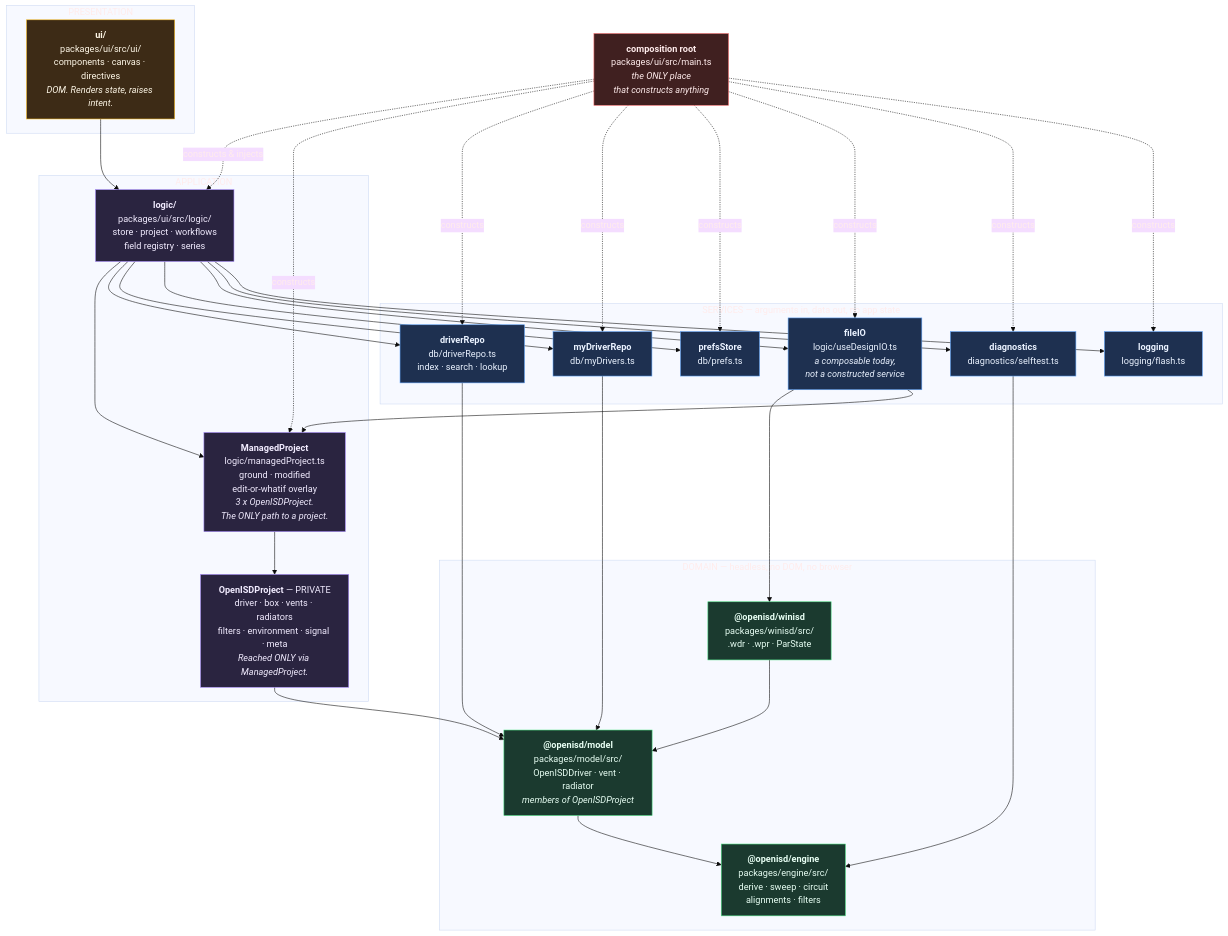
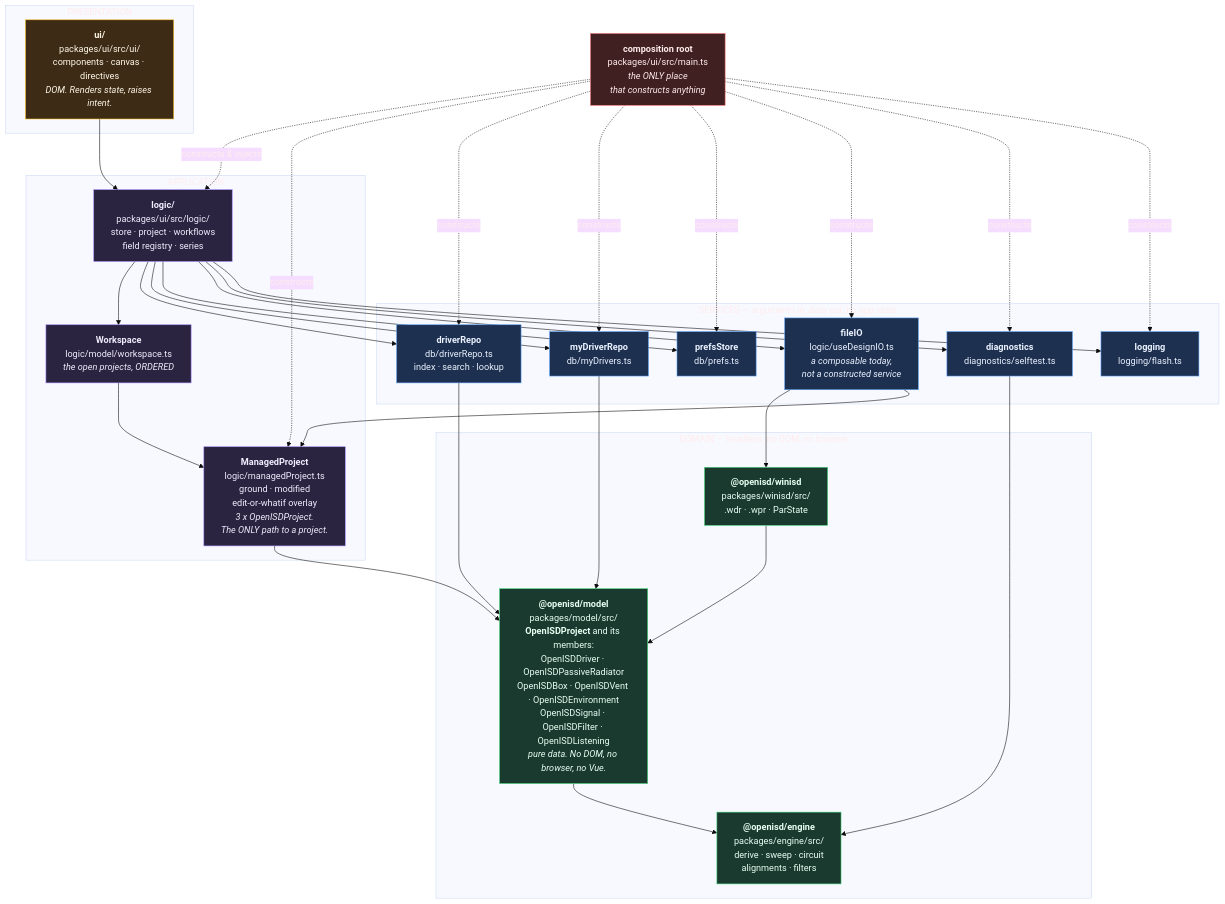
Before and after one commit to Johnlon/openisd: the second of 5 diagrams in ARCHITECTURE.md, drawn with Mermaid (base theme). The commit also changed other lines of this file and 1 other file, not shown here.

First line of the commit message:
The project is DOMAIN data; every box type is its own OpenISD* type

````diff
--- a/ARCHITECTURE.md
+++ b/ARCHITECTURE.md
@@ -110,67 +110,67 @@
 ```mermaid
 graph TD
     subgraph L1["PRESENTATION"]
         UI["<b>ui/</b><br/>packages/ui/src/ui/<br/>components · canvas · directives<br/><i>DOM. Renders state, raises intent.</i>"]
     end
 
     subgraph L2["APPLICATION"]
         LOGIC["<b>logic/</b><br/>packages/ui/src/logic/<br/>store · project · workflows<br/>field registry · series"]
+        WSPACE["<b>Workspace</b><br/>logic/model/workspace.ts<br/><i>the open projects, ORDERED</i>"]
         MANAGED["<b>ManagedProject</b><br/>logic/managedProject.ts<br/>ground · modified<br/>edit-or-whatif overlay<br/><i>3 x OpenISDProject.<br/>The ONLY path to a project.</i>"]
-        PROJ["<b>OpenISDProject</b> — PRIVATE<br/>driver · box · vents · radiators<br/>filters · environment · signal · meta<br/><i>Reached ONLY via ManagedProject.</i>"]
     end
 
     subgraph L3["SERVICES — arguments in, data out, no app state"]
         DRIVERREPO["<b>driverRepo</b><br/>db/driverRepo.ts<br/>index · search · lookup"]
         MYREPO["<b>myDriverRepo</b><br/>db/myDrivers.ts"]
         PREFS["<b>prefsStore</b><br/>db/prefs.ts"]
         FILEIO["<b>fileIO</b><br/>logic/useDesignIO.ts<br/><i>a composable today,<br/>not a constructed service</i>"]
         DIAG["<b>diagnostics</b><br/>diagnostics/selftest.ts"]
         LOGGING["<b>logging</b><br/>logging/flash.ts"]
     end
 
     subgraph L4["DOMAIN — headless, no DOM, no browser"]
-        MODEL["<b>@openisd/model</b><br/>packages/model/src/<br/>OpenISDDriver · vent · radiator<br/><i>members of OpenISDProject</i>"]
+        MODEL["<b>@openisd/model</b><br/>packages/model/src/<br/><b>OpenISDProject</b> and its members:<br/>OpenISDDriver · OpenISDPassiveRadiator<br/>OpenISDBox · OpenISDVent · OpenISDEnvironment<br/>OpenISDSignal · OpenISDFilter · OpenISDListening<br/><i>pure data. No DOM, no browser, no Vue.</i>"]
         ENGINE["<b>@openisd/engine</b><br/>packages/engine/src/<br/>derive · sweep · circuit<br/>alignments · filters"]
         SERIAL["<b>@openisd/winisd</b><br/>packages/winisd/src/<br/>.wdr · .wpr · ParState"]
     end
 
     ROOT["<b>composition root</b><br/>packages/ui/src/main.ts<br/><i>the ONLY place<br/>that constructs anything</i>"]
 
     ROOT -.constructs & injects.-> LOGIC
     ROOT -.constructs.-> MANAGED
     ROOT -.constructs.-> DRIVERREPO
     ROOT -.constructs.-> MYREPO
     ROOT -.constructs.-> PREFS
     ROOT -.constructs.-> FILEIO
     ROOT -.constructs.-> DIAG
     ROOT -.constructs.-> LOGGING
 
     UI --> LOGIC
-    LOGIC --> MANAGED
-    MANAGED --> PROJ
+    LOGIC --> WSPACE
+    WSPACE --> MANAGED
     LOGIC --> DRIVERREPO
     LOGIC --> MYREPO
     LOGIC --> PREFS
     LOGIC --> FILEIO
     LOGIC --> DIAG
     LOGIC --> LOGGING
-    PROJ --> MODEL
+    MANAGED --> MODEL
     DRIVERREPO --> MODEL
     MYREPO --> MODEL
     FILEIO --> SERIAL
     FILEIO --> MANAGED
     DIAG --> ENGINE
     MODEL --> ENGINE
     SERIAL --> MODEL
 
     classDef pres fill:#3d2b16,stroke:#fbbf24,color:#fff8e8
     classDef app fill:#2a2440,stroke:#a78bfa,color:#f2ecff
     classDef svc fill:#1e3050,stroke:#60a5fa,color:#eaf2ff
     classDef dom fill:#1b3a2f,stroke:#4ade80,color:#e8fff4
     classDef root fill:#402020,stroke:#f87171,color:#ffecec
     class UI pres
-    class LOGIC,MANAGED,PROJ app
+    class LOGIC,WSPACE,MANAGED app
     class DRIVERREPO,MYREPO,PREFS,FILEIO,DIAG,LOGGING svc
     class MODEL,ENGINE,SERIAL dom
     class ROOT root
 ```
````
